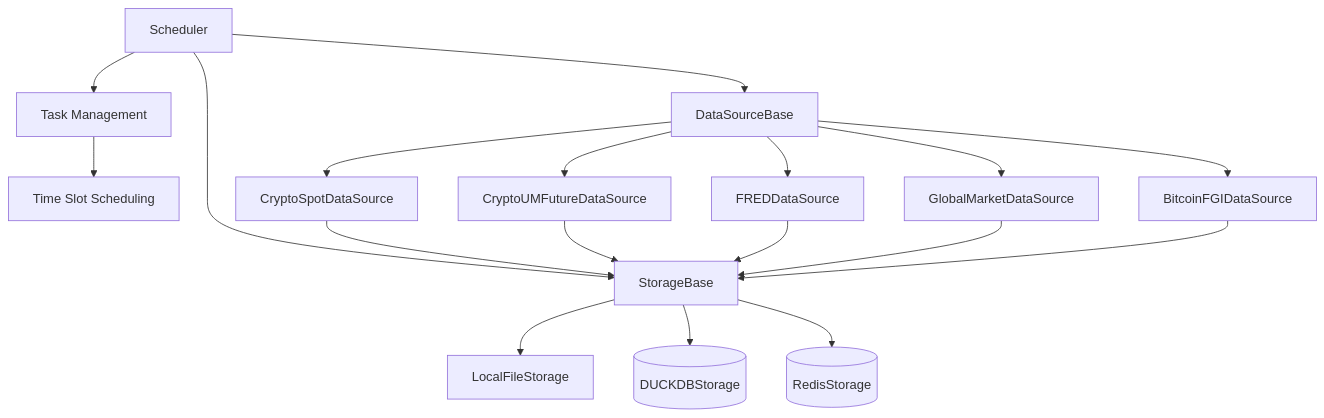
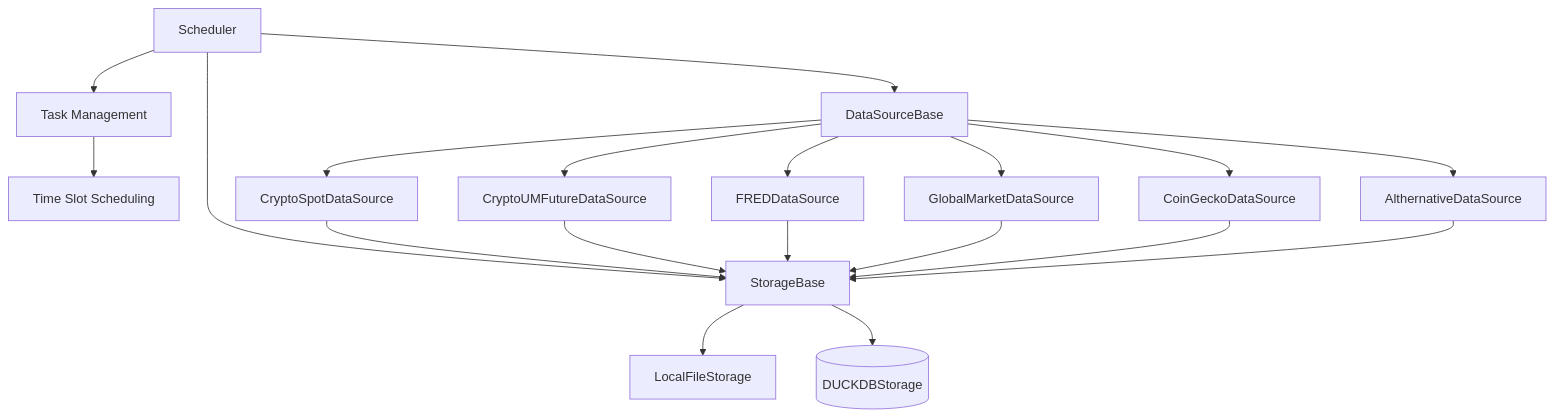
The diagram in README.md (daboooooo/ChronoForge), drawn with Mermaid before and after one commit. The commit also changed other lines of this file and 118 other files, not shown here.

````diff
--- a/README.md
+++ b/README.md
@@ -544,20 +617,21 @@
 ```mermaid
 graph TD
     Scheduler --> DataSourceBase
     Scheduler --> StorageBase
     Scheduler --> Task[Task Management]
     Task --> TimeSlot[Time Slot Scheduling]
     DataSourceBase --> CryptoSpot[CryptoSpotDataSource]
     DataSourceBase --> CryptoFuture[CryptoUMFutureDataSource]
     DataSourceBase --> FRED[FREDDataSource]
     DataSourceBase --> GlobalMarket[GlobalMarketDataSource]
-    DataSourceBase --> BitcoinFGI[BitcoinFGIDataSource]
+    DataSourceBase --> CoinGecko[CoinGeckoDataSource]
+    DataSourceBase --> Althernative[AlthernativeDataSource]
     StorageBase --> LocalFile[LocalFileStorage]
     StorageBase --> DuckDB[(DUCKDBStorage)]
-    StorageBase --> Redis[(RedisStorage)]
     CryptoSpot --> StorageBase
     CryptoFuture --> StorageBase
     FRED --> StorageBase
     GlobalMarket --> StorageBase
-    BitcoinFGI --> StorageBase
+    CoinGecko --> StorageBase
+    Althernative --> StorageBase
 ```
````
